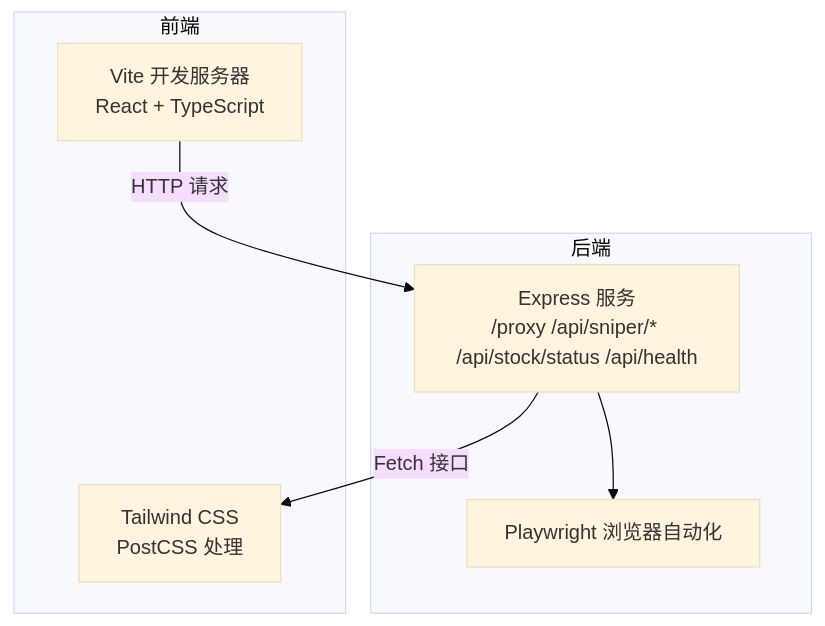
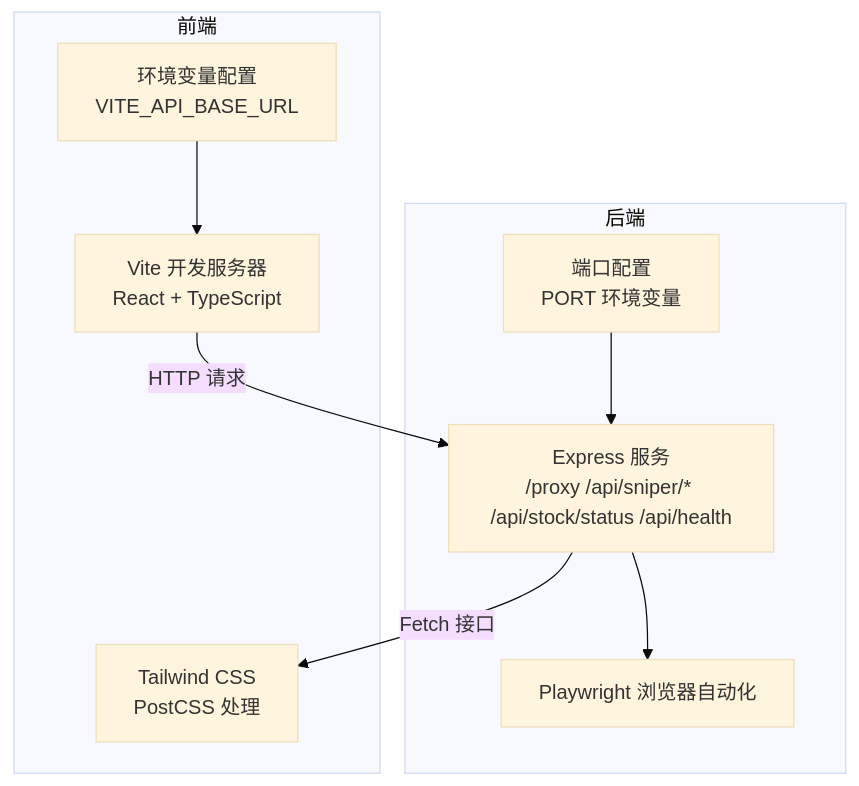
Before and after one commit to 16499259-oss/GLM-sniper: the first of 3 diagrams in .qoder/repowiki/zh/content/开发指南/环境搭建.md, drawn with Mermaid (base theme). The commit also changed other lines of this file and 9 other files, not shown here.

````diff
--- a/.qoder/repowiki/zh/content/开发指南/环境搭建.md
+++ b/.qoder/repowiki/zh/content/开发指南/环境搭建.md
@@ -46,14 +56,18 @@
 ```mermaid
 graph TB
 subgraph "前端"
 FE["Vite 开发服务器<br/>React + TypeScript"]
 TW["Tailwind CSS<br/>PostCSS 处理"]
+ENV["环境变量配置<br/>VITE_API_BASE_URL"]
 end
 subgraph "后端"
 BE["Express 服务<br/>/proxy /api/sniper/* /api/stock/status /api/health"]
 PW["Playwright 浏览器自动化"]
+PORT["端口配置<br/>PORT 环境变量"]
 end
 FE --> |"HTTP 请求"| BE
 BE --> |"Fetch 接口"| TW
 BE --> PW
+ENV --> FE
+PORT --> BE
 ```
````
